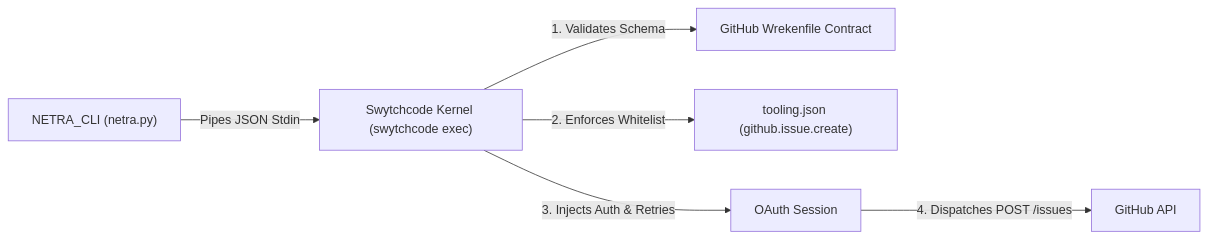
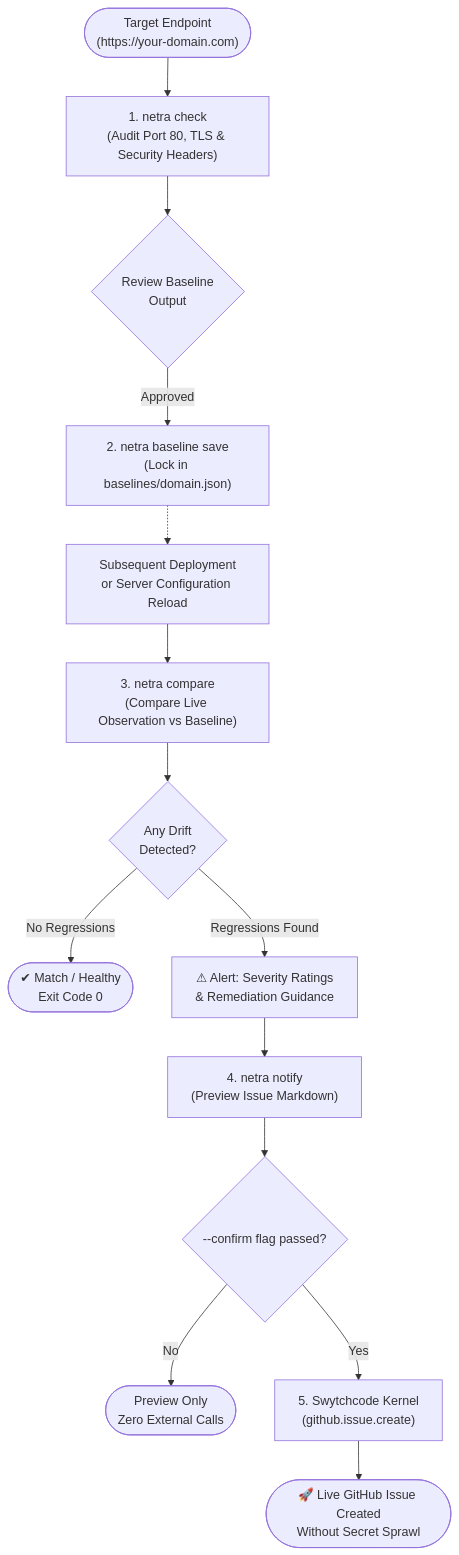
One commit to 404Avinash/Netra_cli changed the first of 2 diagrams in README.md. Above: the diagram before and after it, drawn with Mermaid. The commit also changed other lines of this file, not shown here.

Commit message:
Enhance README with visual terminal logo, comparison matrix, lifecycle flowchart, and sequence diagram

````diff
--- a/README.md
+++ b/README.md
@@ -185,8 +42,19 @@
 ```mermaid
-flowchart LR
-    Netra["NETRA_CLI (netra.py)"] -->|Pipes JSON Stdin| Kernel["Swytchcode Kernel (swytchcode exec)"]
-    Kernel -->|1. Validates Schema| Wrekenfile["GitHub Wrekenfile Contract"]
-    Kernel -->|2. Enforces Whitelist| Tooling["tooling.json (github.issue.create)"]
-    Kernel -->|3. Injects Auth & Retries| Vault["OAuth Session"]
-    Vault -->|4. Dispatches POST /issues| GH["GitHub API"]
+flowchart TD
+    Target(["Target Endpoint\n(https://your-domain.com)"]) --> Check["1. netra check\n(Audit Port 80, TLS & Security Headers)"]
+    Check --> Review{"Review Baseline\nOutput"}
+    Review -->|Approved| Save["2. netra baseline save\n(Lock in baselines/domain.json)"]
+    
+    Save -.-> Deploy["Subsequent Deployment\nor Server Configuration Reload"]
+    Deploy --> Compare["3. netra compare\n(Compare Live Observation vs Baseline)"]
+    
+    Compare --> Decision{"Any Drift\nDetected?"}
+    Decision -->|No Regressions| Success(["✔ Match / Healthy\nExit Code 0"])
+    Decision -->|Regressions Found| Alert["⚠ Alert: Severity Ratings\n& Remediation Guidance"]
+    
+    Alert --> Preview["4. netra notify\n(Preview Issue Markdown)"]
+    Preview --> Confirm{"--confirm flag passed?"}
+    Confirm -->|No| DryRun(["Preview Only\nZero External Calls"])
+    Confirm -->|Yes| Swytch["5. Swytchcode Kernel\n(github.issue.create)"]
+    Swytch --> GHIssue(["🚀 Live GitHub Issue Created\nWithout Secret Sprawl"])
 ```
````
